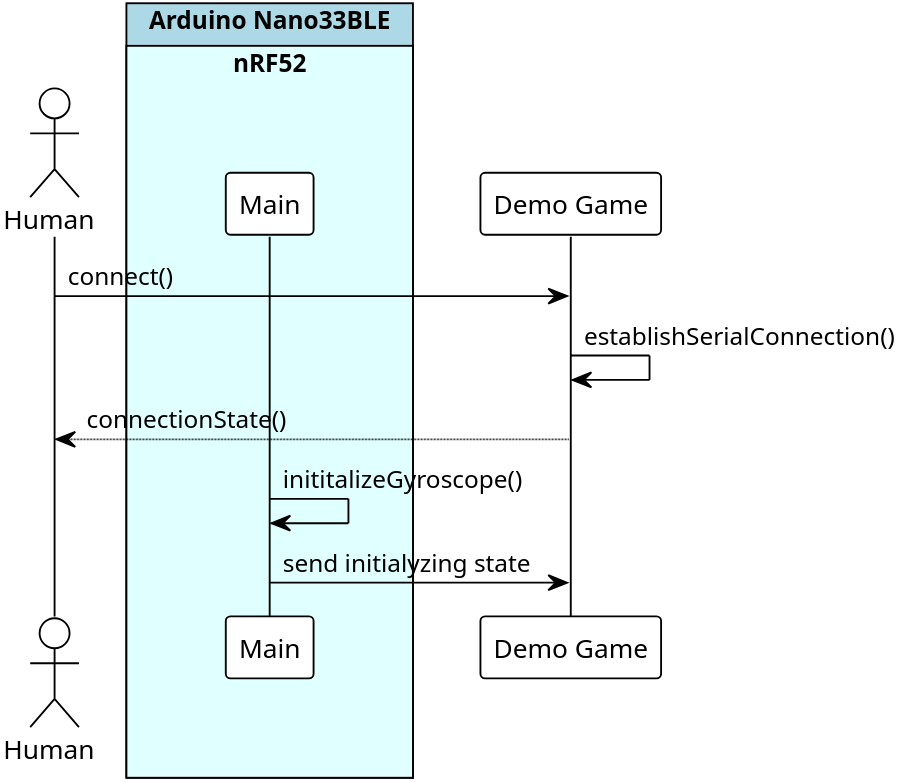
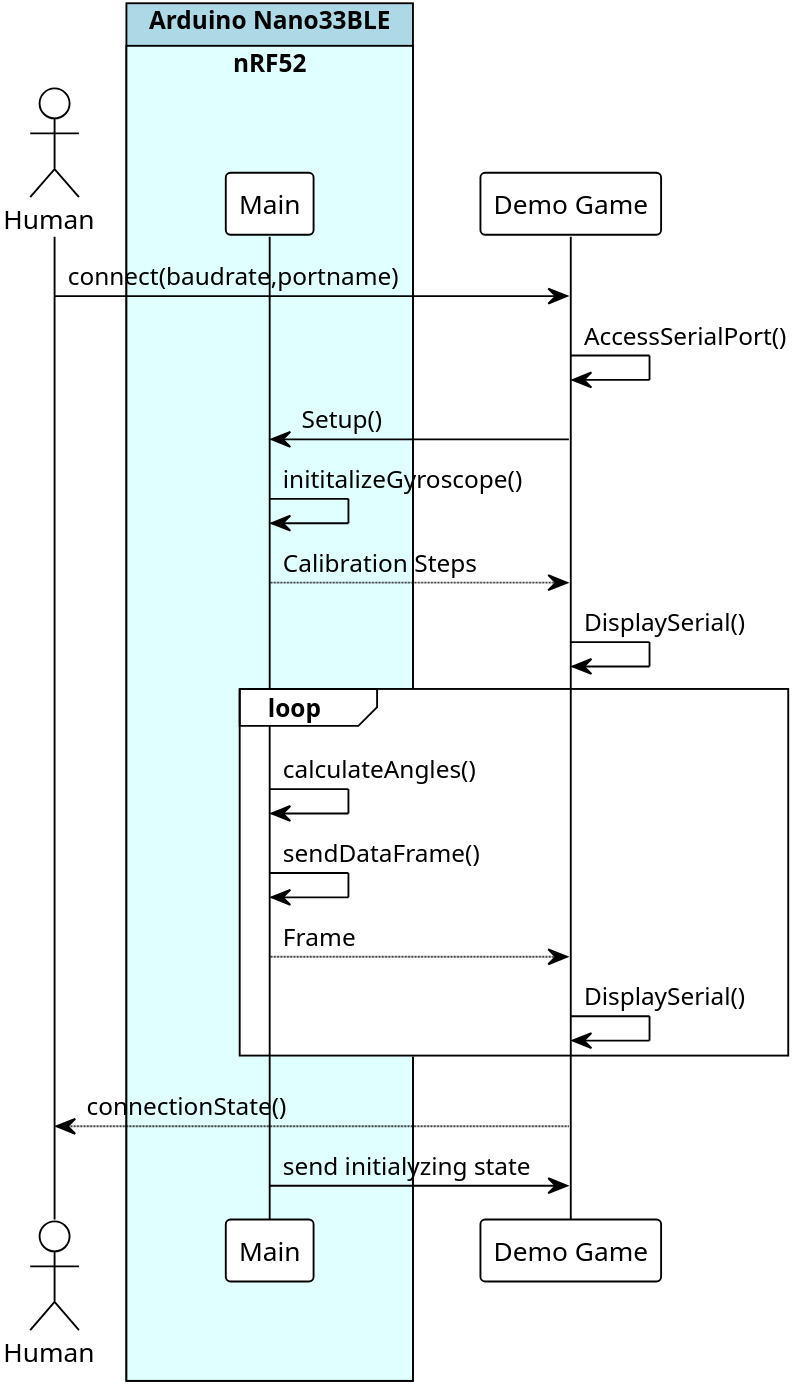
Before and after one commit to sirtheta/Drohnensteuerung: the diagram in docs/content/diagrams/sequence/connect.wsd, drawn with PlantUML. The commit also changed 1 other file, not shown here.

Commit message:
Documentation: -Corrected UML-diagrams -Confused: moveController exists 2-times??

```diff
--- a/docs/content/diagrams/sequence/connect.wsd
+++ b/docs/content/diagrams/sequence/connect.wsd
@@ -1,20 +1,29 @@
 @startuml connect
 
 !theme plain
 skinparam dpi 500
 
 !pragma teoz true
 actor       "Human"             as client
 box         "Arduino Nano33BLE" #LightBlue
 box         "nRF52"             #LightCyan
 participant "Main"              as main
 end box
 end box
 participant "Demo Game"         as game
 
-client -> game: connect()
-game -> game: establishSerialConnection()
+client -> game: connect(baudrate,portname)
+game -> game: AccessSerialPort()
+game -> main: Setup()
+main -> main: inititalizeGyroscope()
+main --> game: Calibration Steps
+game -> game: DisplaySerial()
+loop
+main -> main: calculateAngles()
+main -> main: sendDataFrame()
+main --> game: Frame
+game -> game: DisplaySerial()
+end
 game --> client: connectionState()
-main -> main: inititalizeGyroscope()
 main -> game: send initialyzing state
 @enduml
```
